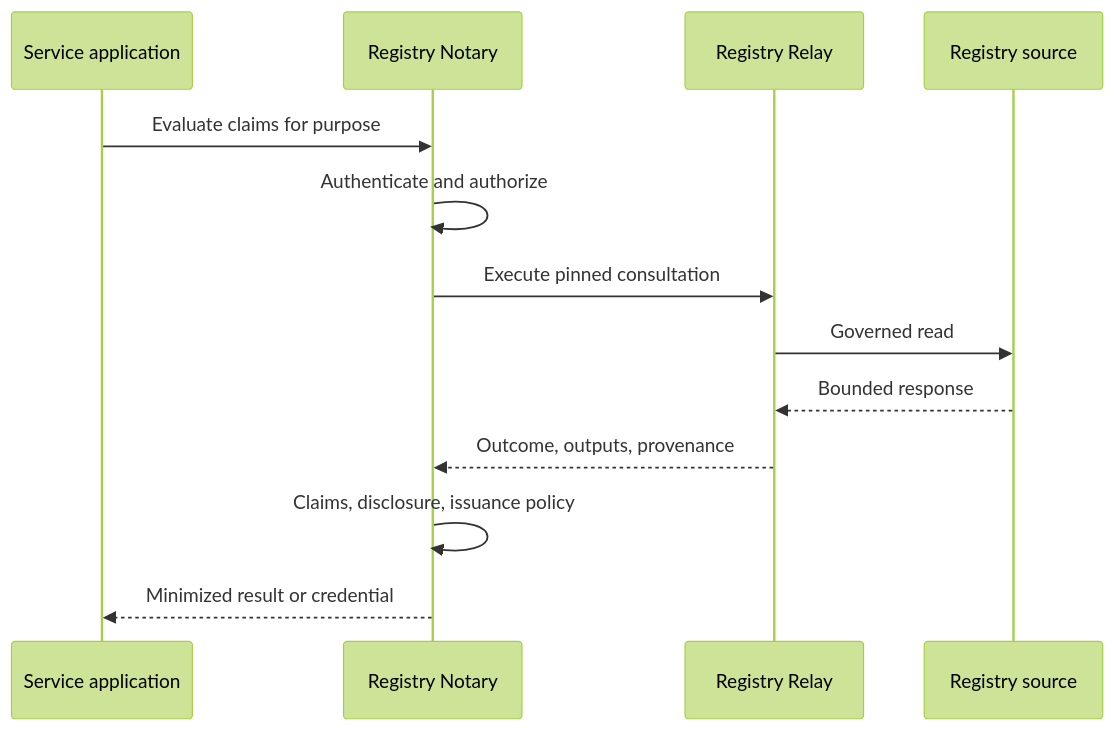
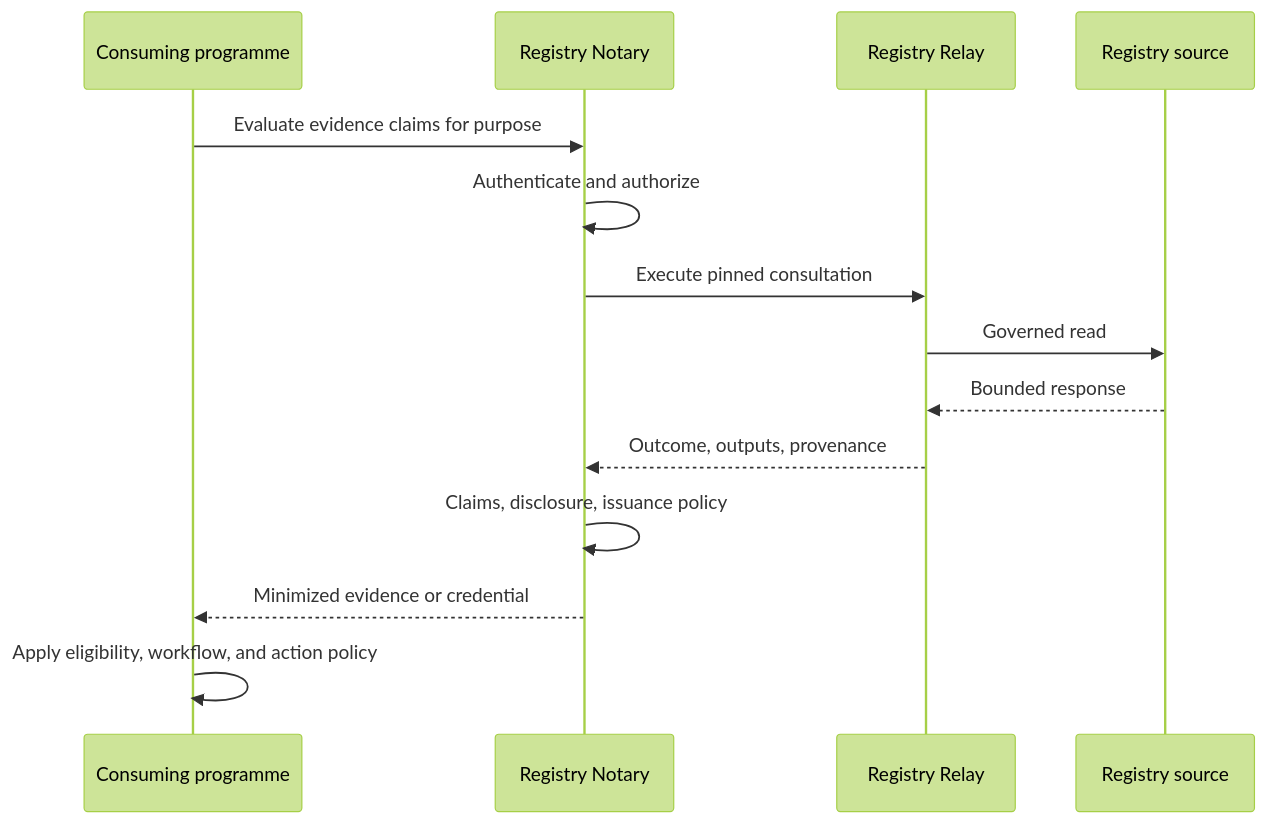
One commit to registrystack/registry-stack changed the first of 3 diagrams in products/notary/docs/notary-scenario-patterns.md. Above: the diagram before and after it, drawn with Mermaid (forest theme). The commit also changed other lines of this file and 63 other files, not shown here.

Commit message:
fix: separate evidence from programme decisions

````diff
--- a/products/notary/docs/notary-scenario-patterns.md
+++ b/products/notary/docs/notary-scenario-patterns.md
@@ -5,16 +5,17 @@
 ```mermaid
 sequenceDiagram
-  participant App as Service application
+  participant Programme as Consuming programme
   participant Notary as Registry Notary
   participant Relay as Registry Relay
   participant Source as Registry source
 
-  App->>Notary: Evaluate claims for purpose
+  Programme->>Notary: Evaluate evidence claims for purpose
   Notary->>Notary: Authenticate and authorize
   Notary->>Relay: Execute pinned consultation
   Relay->>Source: Governed read
   Source-->>Relay: Bounded response
   Relay-->>Notary: Outcome, outputs, provenance
   Notary->>Notary: Claims, disclosure, issuance policy
-  Notary-->>App: Minimized result or credential
+  Notary-->>Programme: Minimized evidence or credential
+  Programme->>Programme: Apply eligibility, workflow, and action policy
 ```
````
